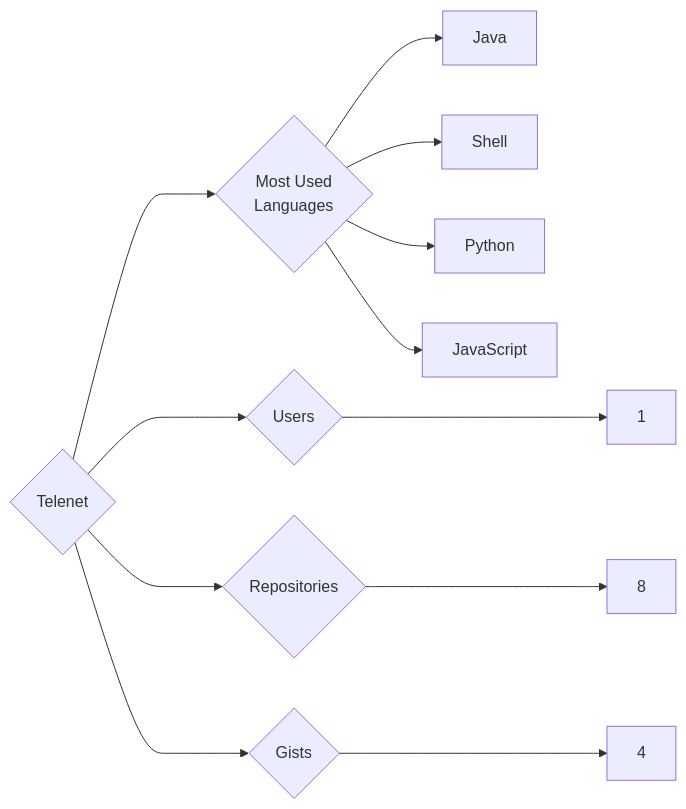
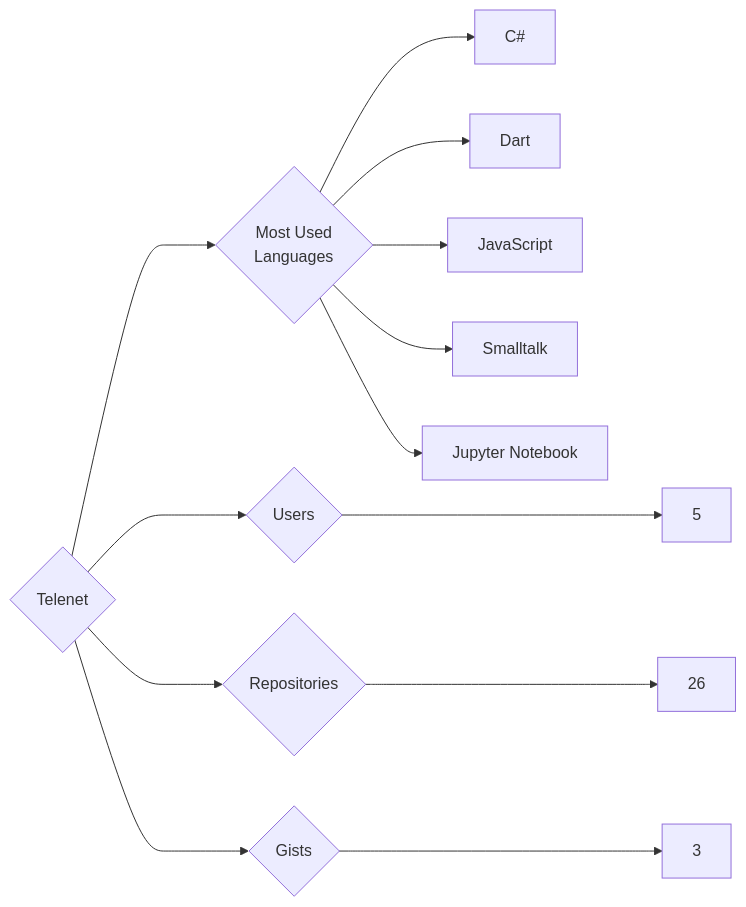
The diagram in targets/Telenet/README.md (trickest/insiders), drawn with Mermaid before and after one commit. The commit also changed 677 other files, not shown here.

````diff
--- a/targets/Telenet/README.md
+++ b/targets/Telenet/README.md
@@ -3,12 +3,13 @@
 ```mermaid
 graph LR
 COMPANY_NAME{Telenet}
-COMPANY_NAME ---> U{Users} ---> UN[1]
-COMPANY_NAME ---> R{Repositories} ---> RN[8]
-COMPANY_NAME ---> G{Gists} ---> GN[4]
+COMPANY_NAME ---> U{Users} ---> UN[5]
+COMPANY_NAME ---> R{Repositories} ---> RN[26]
+COMPANY_NAME ---> G{Gists} ---> GN[3]
 COMPANY_NAME ---> ML{Most Used<br>Languages}
-ML --> Java[Java]
-ML --> Shell[Shell]
-ML --> Python[Python]
+ML --> C#[C#]
+ML --> Dart[Dart]
 ML --> JavaScript[JavaScript]
+ML --> Smalltalk[Smalltalk]
+ML --> Jupyter_Notebook[Jupyter Notebook]
 ```
````
